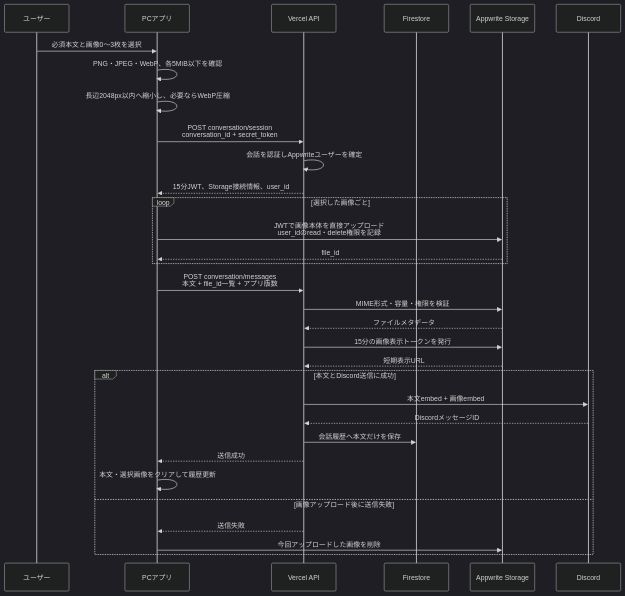
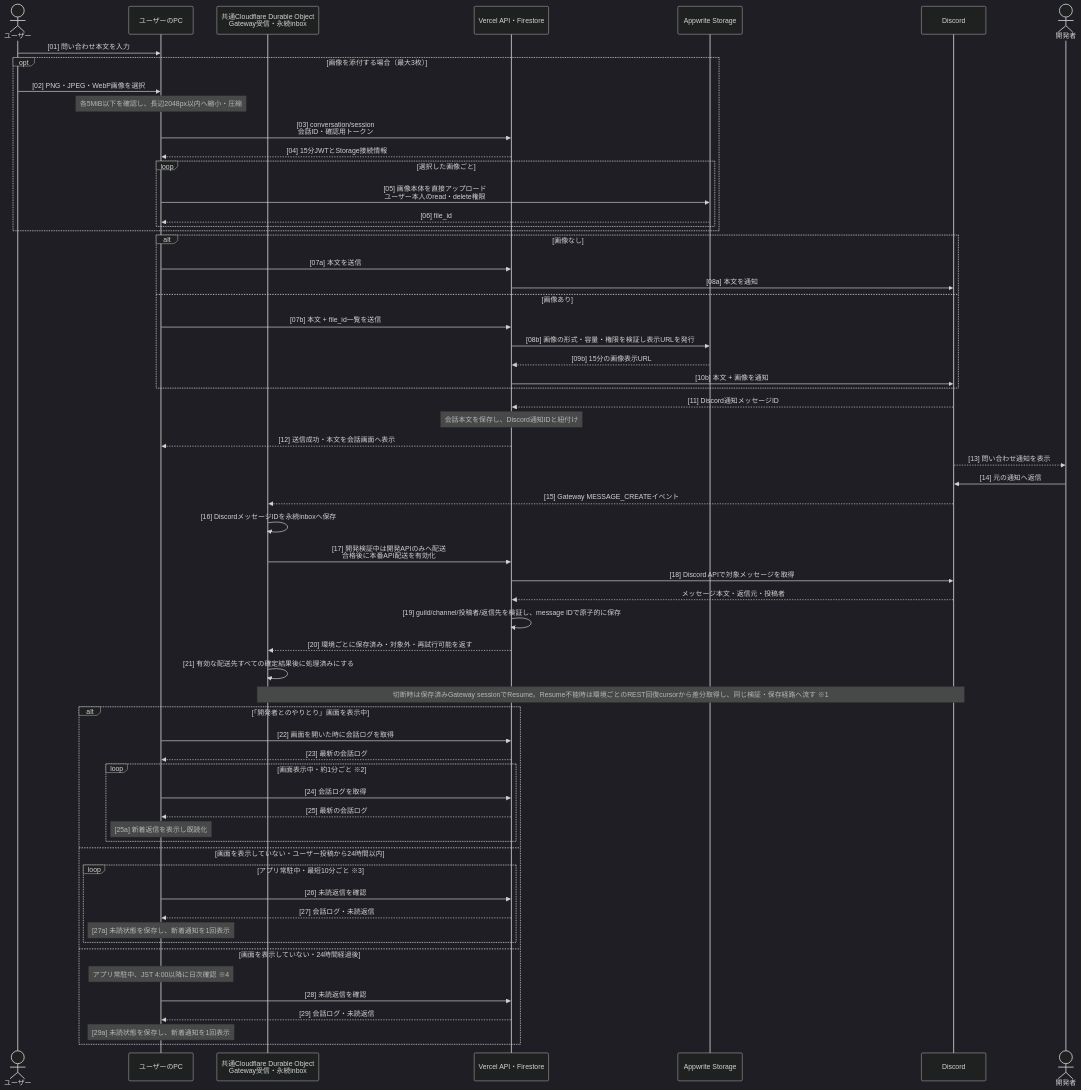
Before and after one commit to ore-no-fusen/ore-no-fusen: the second of 3 diagrams in docs-v2/007_COMMUNICATION.md, drawn with Mermaid (dark theme). The commit also changed other lines of this file, not shown here.

````diff
--- a/docs-v2/007_COMMUNICATION.md
+++ b/docs-v2/007_COMMUNICATION.md
@@ -236,37 +214,65 @@
 ```mermaid
 sequenceDiagram
-    participant User as ユーザー
-    participant PC as PCアプリ
-    participant API as Vercel API
-    participant DB as Firestore
+    actor User as ユーザー
+    participant PC as ユーザーのPC
+    participant Gateway as 共通Cloudflare Durable Object<br/>Gateway受信・永続inbox
+    participant Server as Vercel API・Firestore
     participant Storage as Appwrite Storage
     participant Discord as Discord
+    actor Developer as 開発者
 
-    User->>PC: 必須本文と画像0〜3枚を選択
-    PC->>PC: PNG・JPEG・WebP、各5MiB以下を確認
-    PC->>PC: 長辺2048px以内へ縮小し、必要ならWebP圧縮
-    PC->>API: POST conversation/session<br/>conversation_id + secret_token
-    API->>API: 会話を認証しAppwriteユーザーを確定
-    API-->>PC: 15分JWT、Storage接続情報、user_id
-
-    loop 選択した画像ごと
-        PC->>Storage: JWTで画像本体を直接アップロード<br/>user_idのread・delete権限を記録
-        Storage-->>PC: file_id
+    User->>PC: [01] 問い合わせ本文を入力
+    opt 画像を添付する場合（最大3枚）
+        User->>PC: [02] PNG・JPEG・WebP画像を選択
+        Note over PC: 各5MiB以下を確認し、長辺2048px以内へ縮小・圧縮
+        PC->>Server: [03] conversation/session<br/>会話ID・確認用トークン
+        Server-->>PC: [04] 15分JWTとStorage接続情報
+        loop 選択した画像ごと
+            PC->>Storage: [05] 画像本体を直接アップロード<br/>ユーザー本人のread・delete権限
+            Storage-->>PC: [06] file_id
+        end
     end
-
-    PC->>API: POST conversation/messages<br/>本文 + file_id一覧 + アプリ版数
-    API->>Storage: MIME形式・容量・権限を検証
-    Storage-->>API: ファイルメタデータ
-    API->>Storage: 15分の画像表示トークンを発行
-    Storage-->>API: 短期表示URL
-    alt 本文とDiscord送信に成功
-        API->>Discord: 本文embed + 画像embed
-        Discord-->>API: DiscordメッセージID
-        API->>DB: 会話履歴へ本文だけを保存
-        API-->>PC: 送信成功
-        PC->>PC: 本文・選択画像をクリアして履歴更新
-    else 画像アップロード後に送信失敗
-        API-->>PC: 送信失敗
-        PC->>Storage: 今回アップロードした画像を削除
+    alt 画像なし
+        PC->>Server: [07a] 本文を送信
+        Server->>Discord: [08a] 本文を通知
+    else 画像あり
+        PC->>Server: [07b] 本文 + file_id一覧を送信
+        Server->>Storage: [08b] 画像の形式・容量・権限を検証し表示URLを発行
+        Storage-->>Server: [09b] 15分の画像表示URL
+        Server->>Discord: [10b] 本文 + 画像を通知
+    end
+    Discord-->>Server: [11] Discord通知メッセージID
+    Note over Server: 会話本文を保存し、Discord通知IDと紐付け
+    Server-->>PC: [12] 送信成功・本文を会話画面へ表示
+    Discord-->>Developer: [13] 問い合わせ通知を表示
+    Developer->>Discord: [14] 元の通知へ返信
+    Discord-->>Gateway: [15] Gateway MESSAGE_CREATEイベント
+    Gateway->>Gateway: [16] DiscordメッセージIDを永続inboxへ保存
+    Gateway->>Server: [17] 開発検証中は開発APIのみへ配送<br/>合格後に本番API配送を有効化
+    Server->>Discord: [18] Discord APIで対象メッセージを取得
+    Discord-->>Server: メッセージ本文・返信元・投稿者
+    Server->>Server: [19] guild/channel/投稿者/返信先を検証し、message IDで原子的に保存
+    Server-->>Gateway: [20] 環境ごとに保存済み・対象外・再試行可能を返す
+    Gateway->>Gateway: [21] 有効な配送先すべての確定結果後に処理済みにする
+    Note over Gateway,Discord: 切断時は保存済みGateway sessionでResume。Resume不能時は環境ごとのREST回復cursorから差分取得し、同じ検証・保存経路へ流す ※1
+    alt 「開発者とのやりとり」画面を表示中
+        PC->>Server: [22] 画面を開いた時に会話ログを取得
+        Server-->>PC: [23] 最新の会話ログ
+        loop 画面表示中・約1分ごと ※2
+            PC->>Server: [24] 会話ログを取得
+            Server-->>PC: [25] 最新の会話ログ
+            Note over PC: [25a] 新着返信を表示し既読化
+        end
+    else 画面を表示していない・ユーザー投稿から24時間以内
+        loop アプリ常駐中・最短10分ごと ※3
+            PC->>Server: [26] 未読返信を確認
+            Server-->>PC: [27] 会話ログ・未読返信
+            Note over PC: [27a] 未読状態を保存し、新着通知を1回表示
+        end
+    else 画面を表示していない・24時間経過後
+        Note over PC: アプリ常駐中、JST 4:00以降に日次確認 ※4
+        PC->>Server: [28] 未読返信を確認
+        Server-->>PC: [29] 会話ログ・未読返信
+        Note over PC: [29a] 未読状態を保存し、新着通知を1回表示
     end
 ```
````
